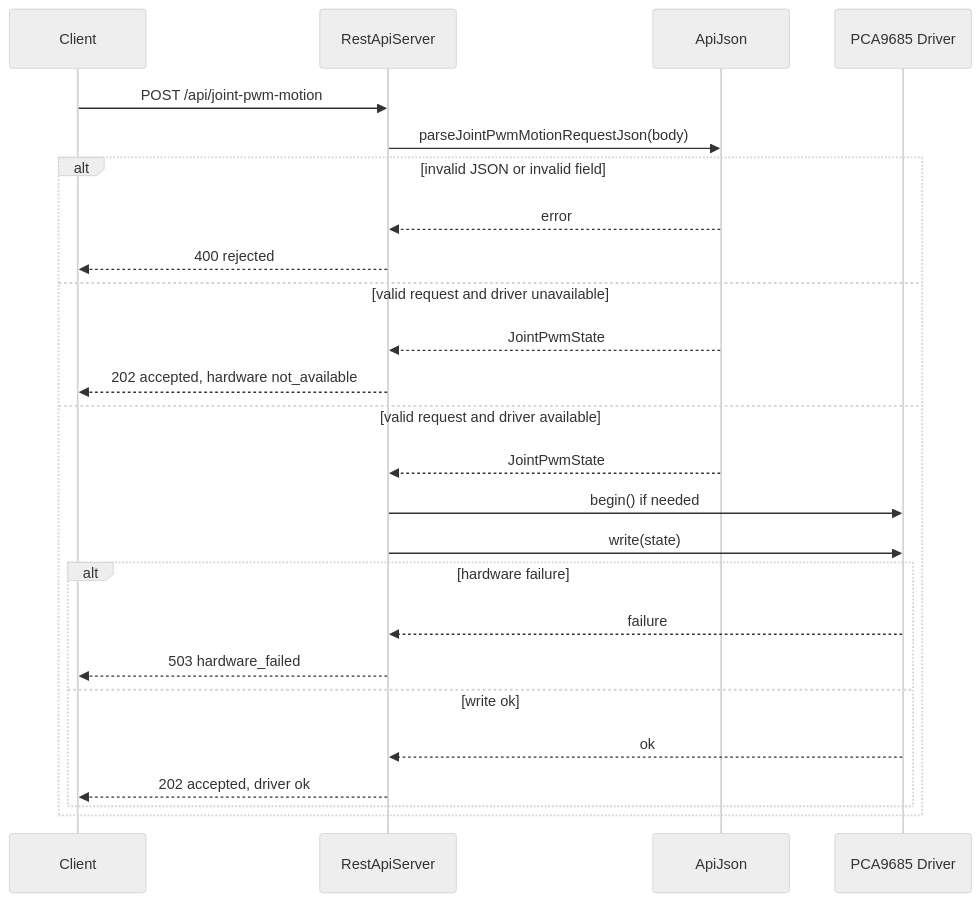
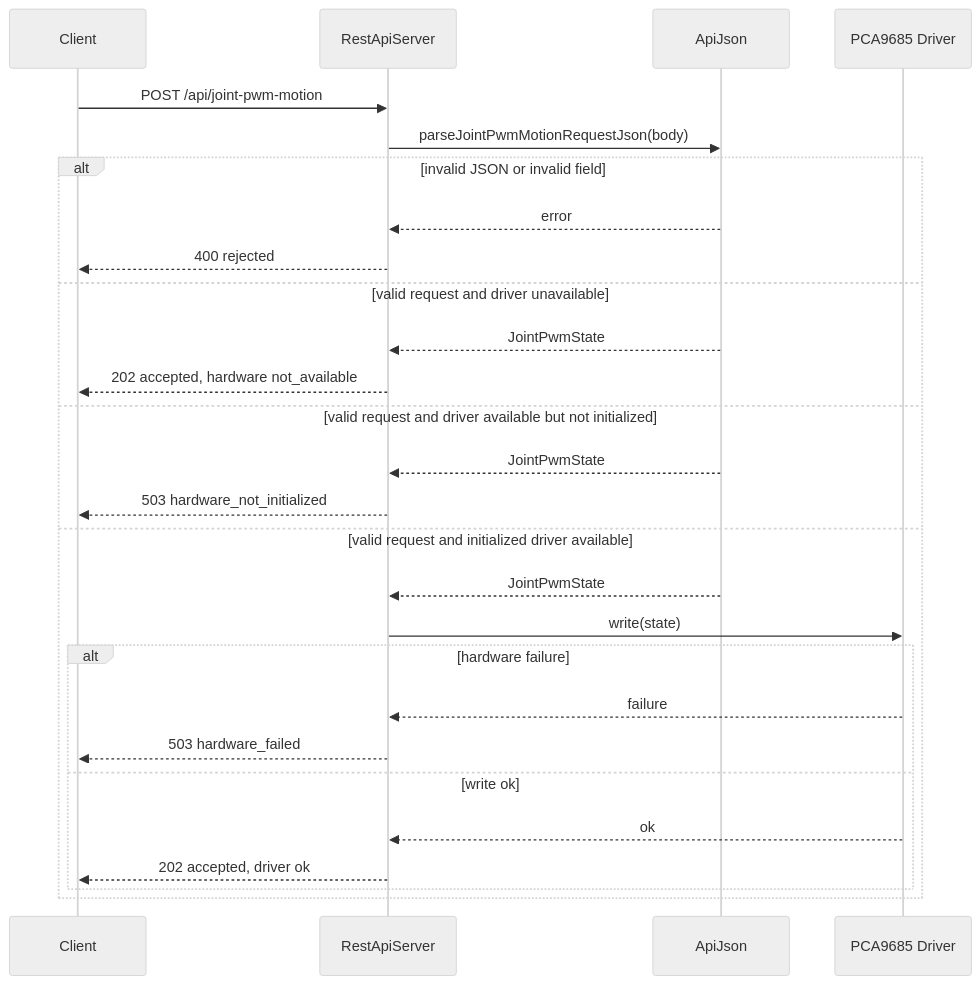
The second of 3 diagrams in doc/sw/rest_api.md (butz1999/inverse_kinematik), drawn with Mermaid (neutral theme) before and after one commit. The commit also changed other lines of this file and 13 other files, not shown here.

````diff
--- a/doc/sw/rest_api.md
+++ b/doc/sw/rest_api.md
@@ -444,28 +513,30 @@
 ```mermaid
 sequenceDiagram
   participant Client
   participant REST as RestApiServer
   participant Parser as ApiJson
   participant Driver as PCA9685 Driver
 
   Client->>REST: POST /api/joint-pwm-motion
   REST->>Parser: parseJointPwmMotionRequestJson(body)
   alt invalid JSON or invalid field
     Parser-->>REST: error
     REST-->>Client: 400 rejected
   else valid request and driver unavailable
     Parser-->>REST: JointPwmState
     REST-->>Client: 202 accepted, hardware not_available
-  else valid request and driver available
+  else valid request and driver available but not initialized
     Parser-->>REST: JointPwmState
-    REST->>Driver: begin() if needed
+    REST-->>Client: 503 hardware_not_initialized
+  else valid request and initialized driver available
+    Parser-->>REST: JointPwmState
     REST->>Driver: write(state)
     alt hardware failure
       Driver-->>REST: failure
       REST-->>Client: 503 hardware_failed
     else write ok
       Driver-->>REST: ok
       REST-->>Client: 202 accepted, driver ok
     end
   end
 ```
````
